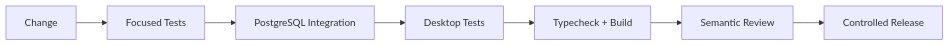
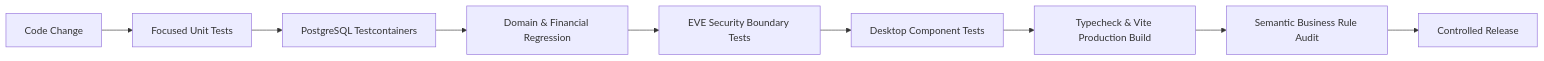
Before and after one commit to sufibuildwith-py/sa-controlcentre: diagram 12 of 12 in README.md, drawn with Mermaid. The commit also changed other lines of this file, not shown here.

Commit message:
docs: overhaul README to represent connected operating system and EVE architecture

````diff
--- a/README.md
+++ b/README.md
@@ -343,9 +713,11 @@
 ```mermaid
 flowchart LR
-    CODE[Change] --> UNIT[Focused Tests]
-    UNIT --> INT[PostgreSQL Integration]
-    INT --> UI[Desktop Tests]
-    UI --> BUILD[Typecheck + Build]
-    BUILD --> REVIEW[Semantic Review]
-    REVIEW --> RELEASE[Controlled Release]
+    CHANGE[Code Change] --> UNIT[Focused Unit Tests]
+    UNIT --> TESTC[PostgreSQL Testcontainers]
+    TESTC --> REGRESS[Domain & Financial Regression]
+    REGRESS --> SEC[EVE Security Boundary Tests]
+    SEC --> DESK[Desktop Component Tests]
+    DESK --> BUILD[Typecheck & Vite Production Build]
+    BUILD --> AUDIT[Semantic Business Rule Audit]
+    AUDIT --> REL[Controlled Release]
 ```
````
